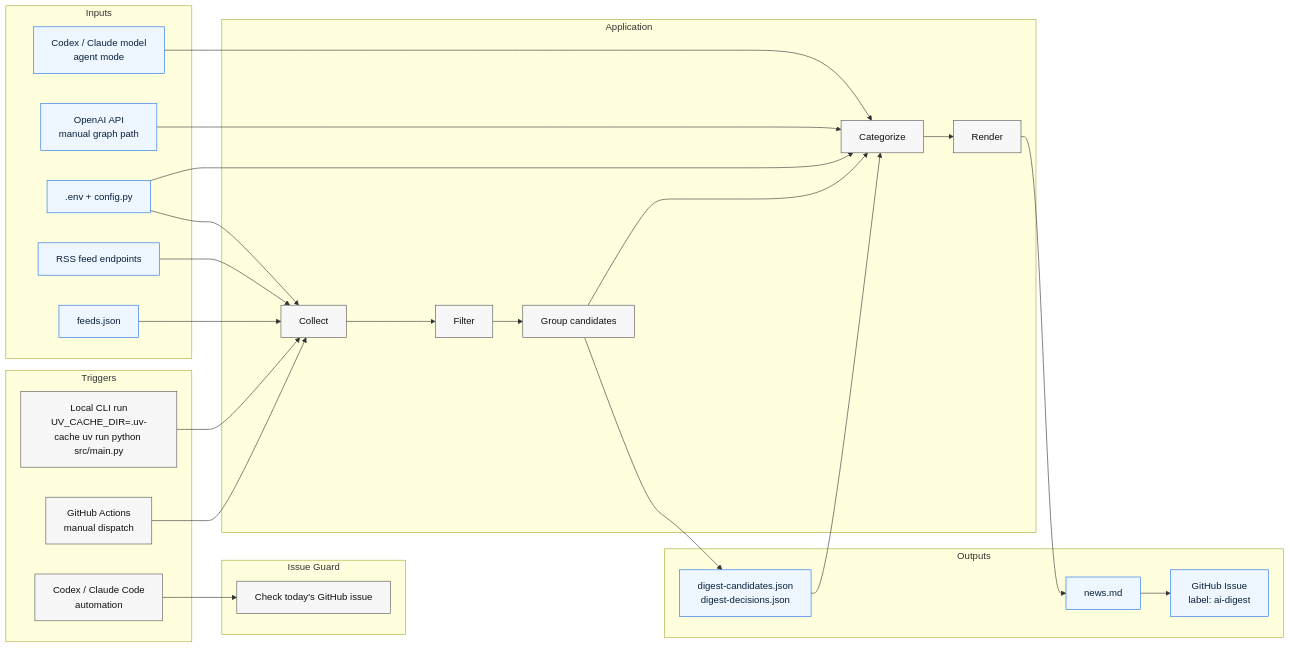
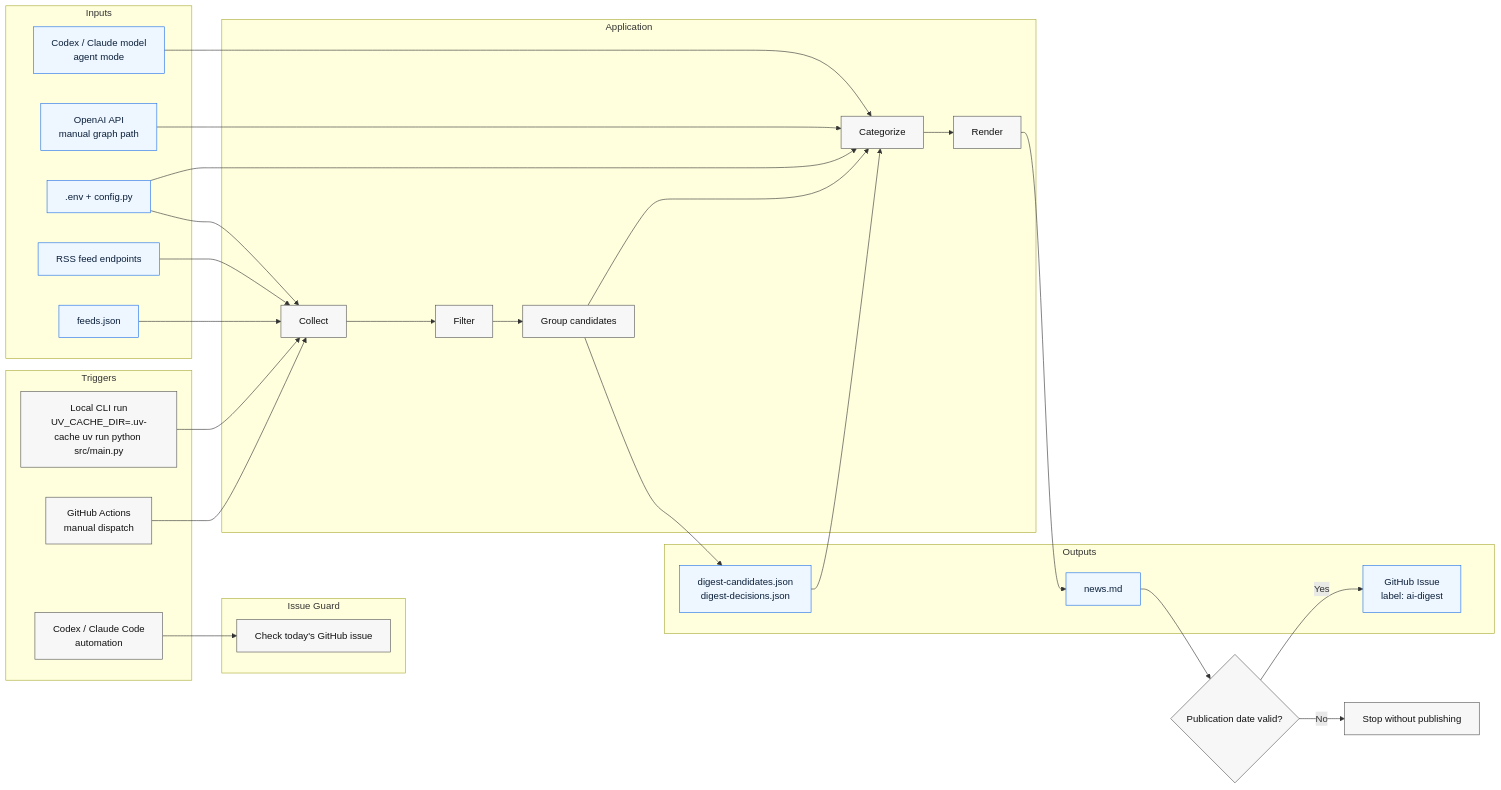
The first of 2 diagrams in docs/architecture.md (ActioBio/bio-news-agent), drawn with Mermaid before and after one commit. The commit also changed other lines of this file and 8 other files, not shown here.

````diff
--- a/docs/architecture.md
+++ b/docs/architecture.md
@@ -5,54 +5,56 @@
 ```mermaid
 flowchart LR
     subgraph Trigger[Triggers]
         GH[GitHub Actions<br/>manual dispatch]
         AGENT[Codex / Claude Code<br/>automation]
         LOCAL[Local CLI run<br/>UV_CACHE_DIR=.uv-cache uv run python src/main.py]
     end
 
     subgraph Guard[Issue Guard]
         CHECK[Check today's GitHub issue]
     end
 
     subgraph App[Application]
         C[Collect]
         F[Filter]
         G[Group candidates]
         K[Categorize]
         R[Render]
         C --> F --> G --> K --> R
     end
 
     subgraph In[Inputs]
         FEEDS[feeds.json]
         RSS[RSS feed endpoints]
         CONF[.env + config.py]
         OAI[OpenAI API<br/>manual graph path]
         MODEL[Codex / Claude model<br/>agent mode]
     end
 
     subgraph Out[Outputs]
         JSON[digest-candidates.json<br/>digest-decisions.json]
         MD[news.md]
         ISSUE[GitHub Issue<br/>label: ai-digest]
     end
 
     GH --> C
     AGENT --> CHECK
     LOCAL --> C
     FEEDS --> C
     RSS --> C
     CONF --> C
     CONF --> K
     OAI --> K
     MODEL --> K
     G --> JSON
     JSON --> K
     R --> MD
-    MD --> ISSUE
+    MD --> DATE{Publication date valid?}
+    DATE -- Yes --> ISSUE
+    DATE -- No --> STOP[Stop without publishing]
 
     classDef io fill:#eef7ff,stroke:#1f6feb,stroke-width:1px,color:#0b1f3a;
     classDef proc fill:#f7f7f7,stroke:#555,stroke-width:1px,color:#111;
     class FEEDS,RSS,CONF,OAI,MODEL,JSON,MD,ISSUE io;
-    class GH,AGENT,LOCAL,CHECK,C,F,G,K,R proc;
+    class GH,AGENT,LOCAL,CHECK,C,F,G,K,R,DATE,STOP proc;
 ```
````
